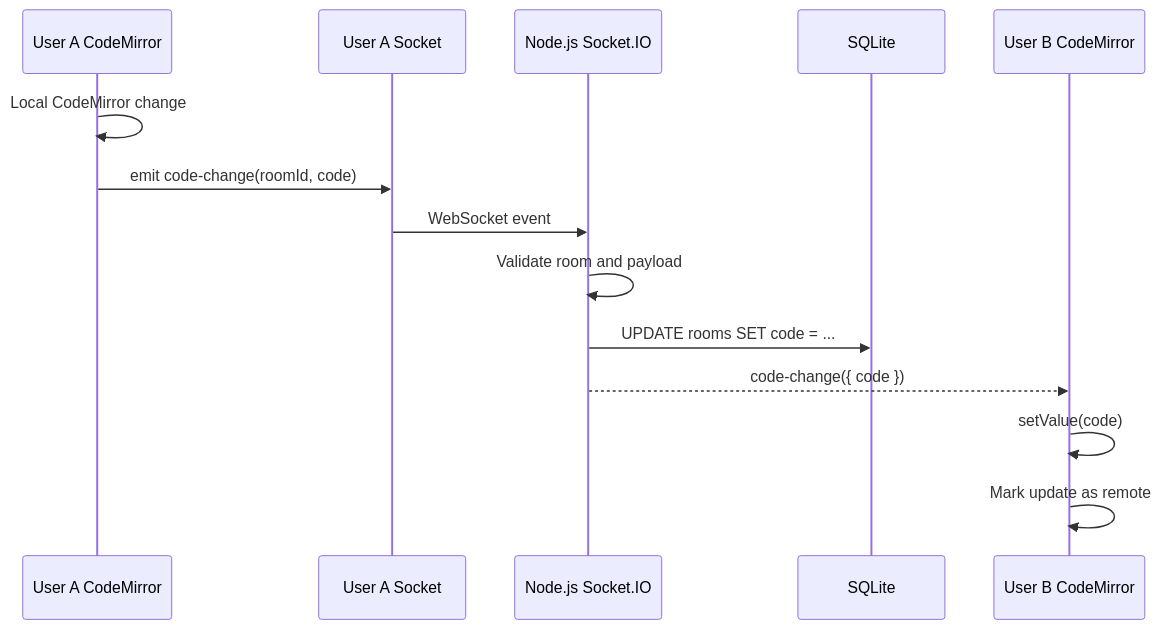
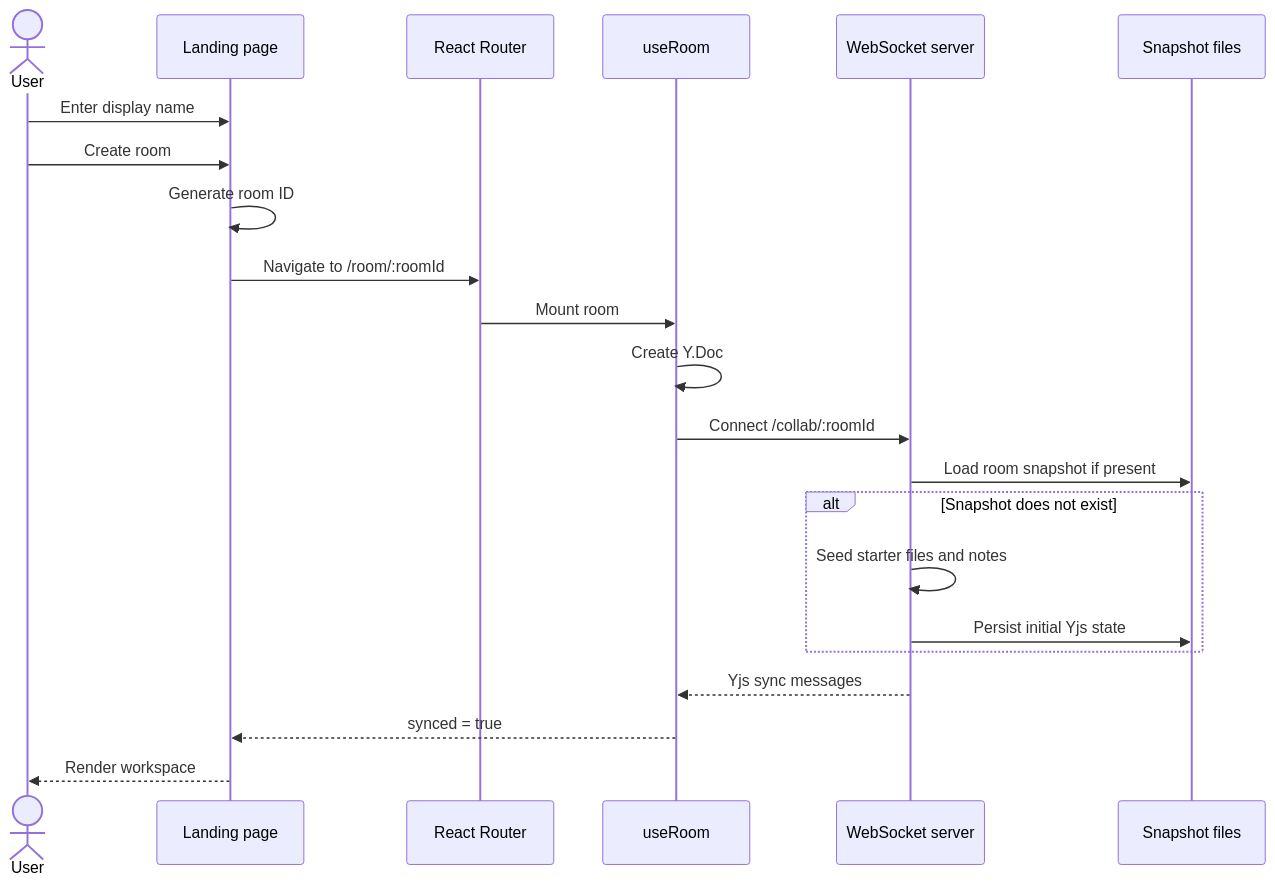
Before and after one commit to SonamNarula/CodeFusion-a-collaborative-real-time-code-editor: the fourth of 11 diagrams in README.md, drawn with Mermaid. The commit also changed other lines of this file, not shown here.

````diff
--- a/README.md
+++ b/README.md
@@ -1042,17 +585,25 @@
 ```mermaid
 sequenceDiagram
-    participant A as User A CodeMirror
-    participant SA as User A Socket
-    participant S as Node.js Socket.IO
-    participant DB as SQLite
-    participant B as User B CodeMirror
+    actor User
+    participant UI as Landing page
+    participant Router as React Router
+    participant Hook as useRoom
+    participant WS as WebSocket server
+    participant Store as Snapshot files
 
-    A->>A: Local CodeMirror change
-    A->>SA: emit code-change(roomId, code)
-    SA->>S: WebSocket event
-    S->>S: Validate room and payload
-    S->>DB: UPDATE rooms SET code = ...
-    S-->>B: code-change({ code })
-    B->>B: setValue(code)
-    B->>B: Mark update as remote
+    User->>UI: Enter display name
+    User->>UI: Create room
+    UI->>UI: Generate room ID
+    UI->>Router: Navigate to /room/:roomId
+    Router->>Hook: Mount room
+    Hook->>Hook: Create Y.Doc
+    Hook->>WS: Connect /collab/:roomId
+    WS->>Store: Load room snapshot if present
+    alt Snapshot does not exist
+        WS->>WS: Seed starter files and notes
+        WS->>Store: Persist initial Yjs state
+    end
+    WS-->>Hook: Yjs sync messages
+    Hook-->>UI: synced = true
+    UI-->>User: Render workspace
 ```
````
